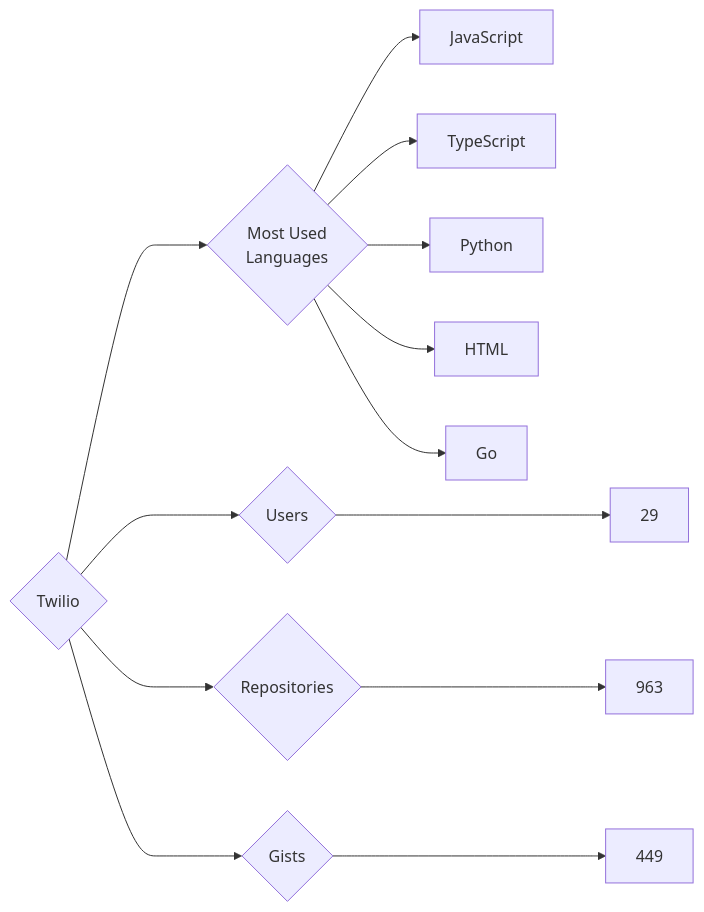
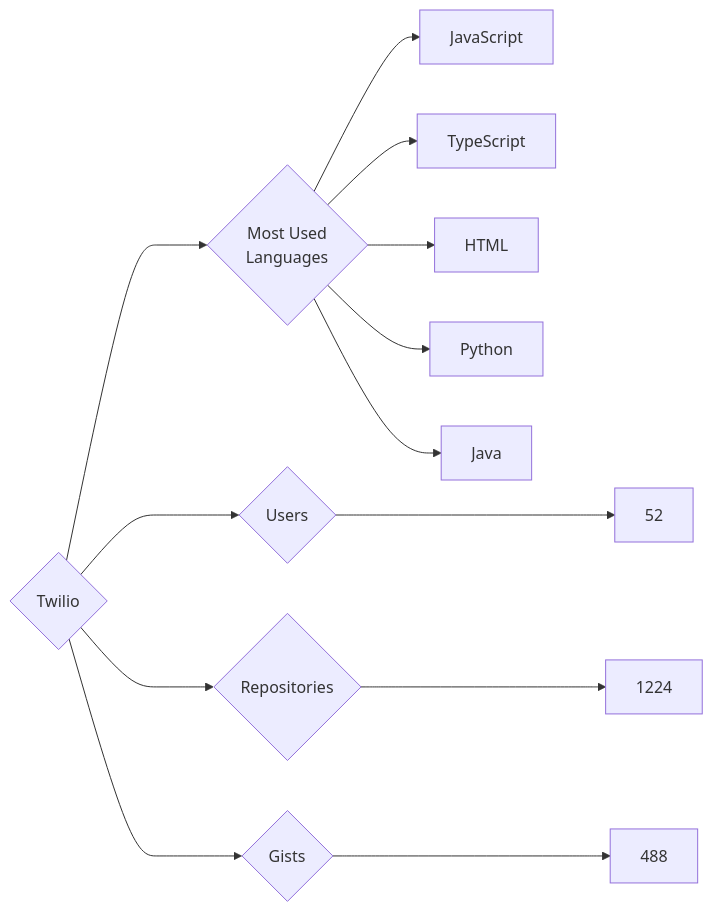
The diagram in targets/Twilio/README.md (trickest/insiders), drawn with Mermaid before and after one commit. The commit also changed 806 other files, not shown here.

````diff
--- a/targets/Twilio/README.md
+++ b/targets/Twilio/README.md
@@ -3,13 +3,13 @@
 ```mermaid
 graph LR
 COMPANY_NAME{Twilio}
-COMPANY_NAME ---> U{Users} ---> UN[29]
-COMPANY_NAME ---> R{Repositories} ---> RN[963]
-COMPANY_NAME ---> G{Gists} ---> GN[449]
+COMPANY_NAME ---> U{Users} ---> UN[52]
+COMPANY_NAME ---> R{Repositories} ---> RN[1224]
+COMPANY_NAME ---> G{Gists} ---> GN[488]
 COMPANY_NAME ---> ML{Most Used<br>Languages}
 ML --> JavaScript[JavaScript]
 ML --> TypeScript[TypeScript]
+ML --> HTML[HTML]
 ML --> Python[Python]
-ML --> HTML[HTML]
-ML --> Go[Go]
+ML --> Java[Java]
 ```
````
